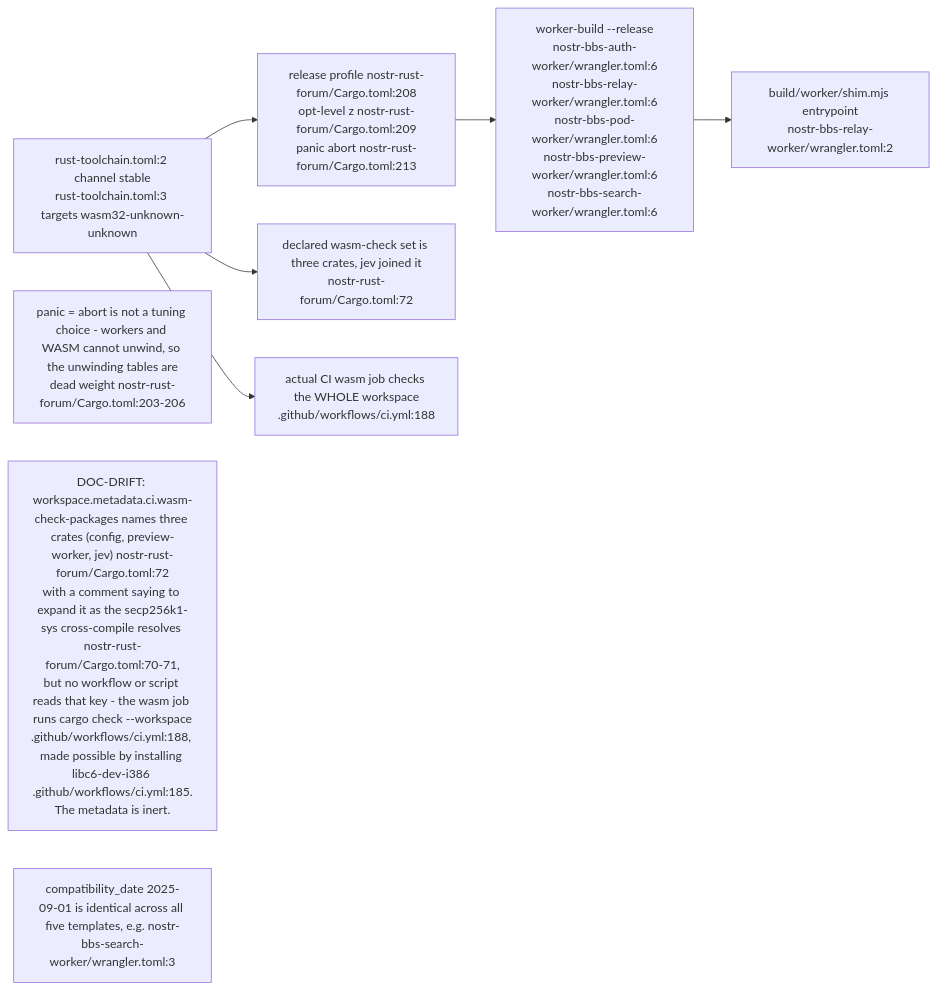
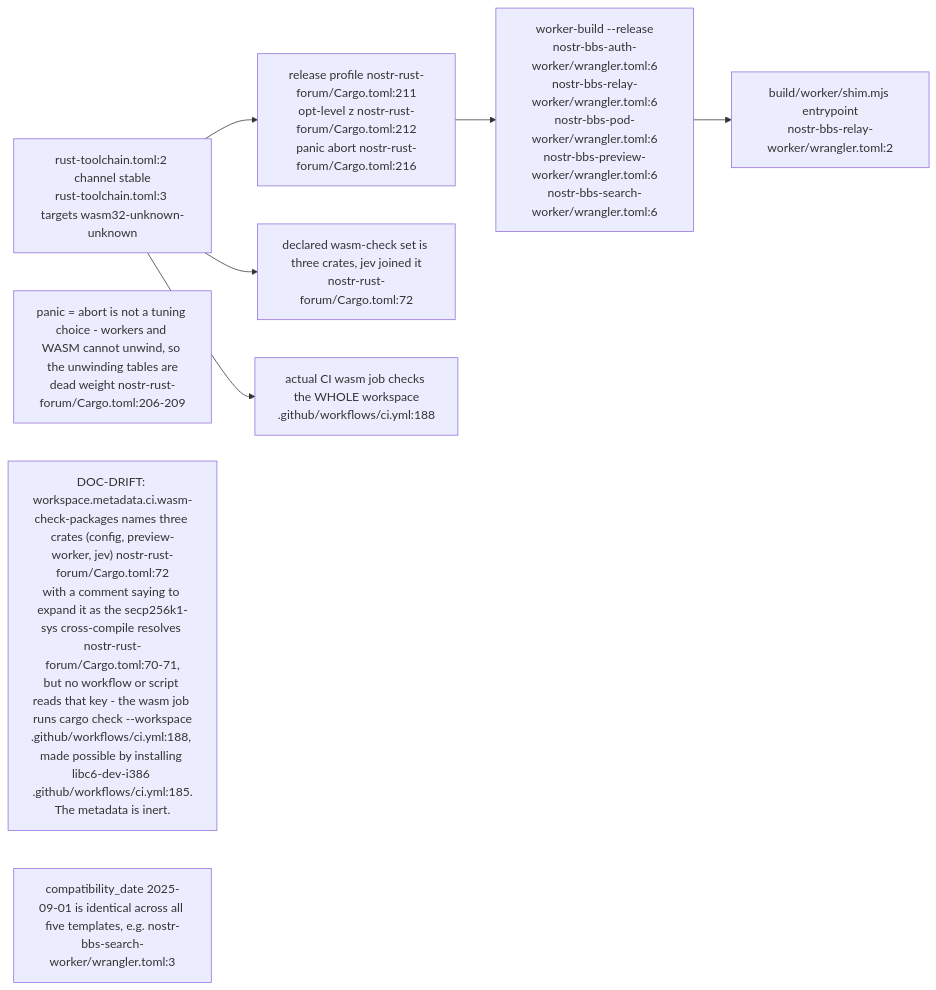
One commit to DreamLab-AI/VisionFlow changed the second of 6 diagrams in docs/diagrams/nostr-rust-forum/01-workspace-and-worker-topology.md. Above: the diagram before and after it, drawn with Mermaid. The commit also changed other lines of this file, not shown here.

First line of the commit message:
docs(diagrams): NF-01 re-verified at nostr-rust-forum af4f0d5

````diff
--- a/docs/diagrams/nostr-rust-forum/01-workspace-and-worker-topology.md
+++ b/docs/diagrams/nostr-rust-forum/01-workspace-and-worker-topology.md
@@ -119,17 +121,17 @@
 ```mermaid
 flowchart LR
     TC["rust-toolchain.toml:2 channel stable<br/>rust-toolchain.toml:3 targets wasm32-unknown-unknown"]
-    PROF["release profile nostr-rust-forum/Cargo.toml:208<br/>opt-level z nostr-rust-forum/Cargo.toml:209<br/>panic abort nostr-rust-forum/Cargo.toml:213"]
+    PROF["release profile nostr-rust-forum/Cargo.toml:211<br/>opt-level z nostr-rust-forum/Cargo.toml:212<br/>panic abort nostr-rust-forum/Cargo.toml:216"]
     WB["worker-build --release<br/>nostr-bbs-auth-worker/wrangler.toml:6<br/>nostr-bbs-relay-worker/wrangler.toml:6<br/>nostr-bbs-pod-worker/wrangler.toml:6<br/>nostr-bbs-preview-worker/wrangler.toml:6<br/>nostr-bbs-search-worker/wrangler.toml:6"]
     SHIM["build/worker/shim.mjs entrypoint<br/>nostr-bbs-relay-worker/wrangler.toml:2"]
     CIW["declared wasm-check set is three crates, jev joined it<br/>nostr-rust-forum/Cargo.toml:72"]
     CIJOB["actual CI wasm job checks the WHOLE workspace<br/>.github/workflows/ci.yml:188"]
 
     TC --> PROF --> WB --> SHIM
     TC --> CIW
     TC --> CIJOB
 
-    N1["panic = abort is not a tuning choice - workers and WASM cannot unwind, so the unwinding tables are<br/>dead weight nostr-rust-forum/Cargo.toml:203-206"]
+    N1["panic = abort is not a tuning choice - workers and WASM cannot unwind, so the unwinding tables are<br/>dead weight nostr-rust-forum/Cargo.toml:206-209"]
     N2["DOC-DRIFT: workspace.metadata.ci.wasm-check-packages names three crates (config, preview-worker, jev) nostr-rust-forum/Cargo.toml:72<br/>with a comment saying to expand it as the secp256k1-sys cross-compile resolves nostr-rust-forum/Cargo.toml:70-71,<br/>but no workflow or script reads that key - the wasm job runs cargo check --workspace<br/>.github/workflows/ci.yml:188, made possible by installing libc6-dev-i386 .github/workflows/ci.yml:185.<br/>The metadata is inert."]
     N3["compatibility_date 2025-09-01 is identical across all five templates, e.g. nostr-bbs-search-worker/wrangler.toml:3"]
 ```
````
